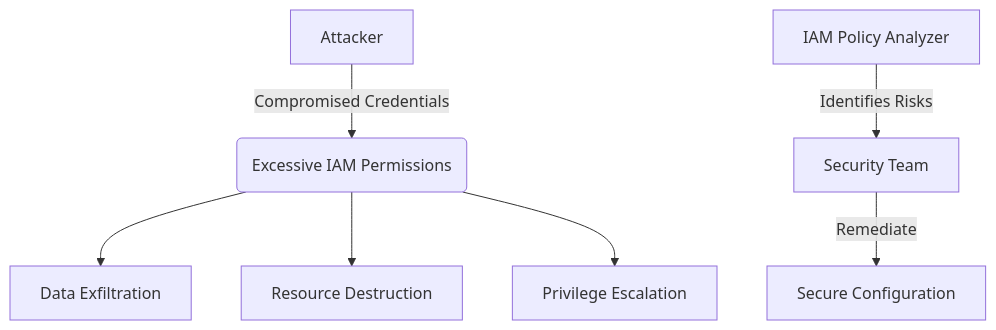
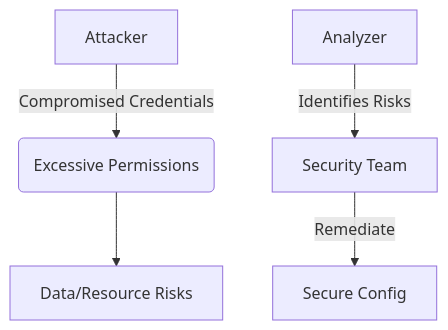
Before and after one commit to lucchesi-sec/cybersec-projects: the diagram in cloud-iam-analyzer/README.md, drawn with Mermaid. The commit also changed 5 other files, not shown here.

Commit message:
docs: simplify mermaid diagrams for better readability

````diff
--- a/cloud-iam-analyzer/README.md
+++ b/cloud-iam-analyzer/README.md
@@ -16,9 +16,7 @@
 ```mermaid
 graph TD
-    A[Attacker] -->|Compromised Credentials| B(Excessive IAM Permissions)
-    B --> C[Data Exfiltration]
-    B --> D[Resource Destruction]
-    B --> E[Privilege Escalation]
-    F[IAM Policy Analyzer] -->|Identifies Risks| G[Security Team]
-    G -->|Remediate| H[Secure Configuration]
+    A[Attacker] -->|"Compromised Credentials"| B(Excessive Permissions)
+    B --> C[Data/Resource Risks]
+    F[Analyzer] -->|"Identifies Risks"| G[Security Team]
+    G -->|"Remediate"| H[Secure Config]
 ```
````
